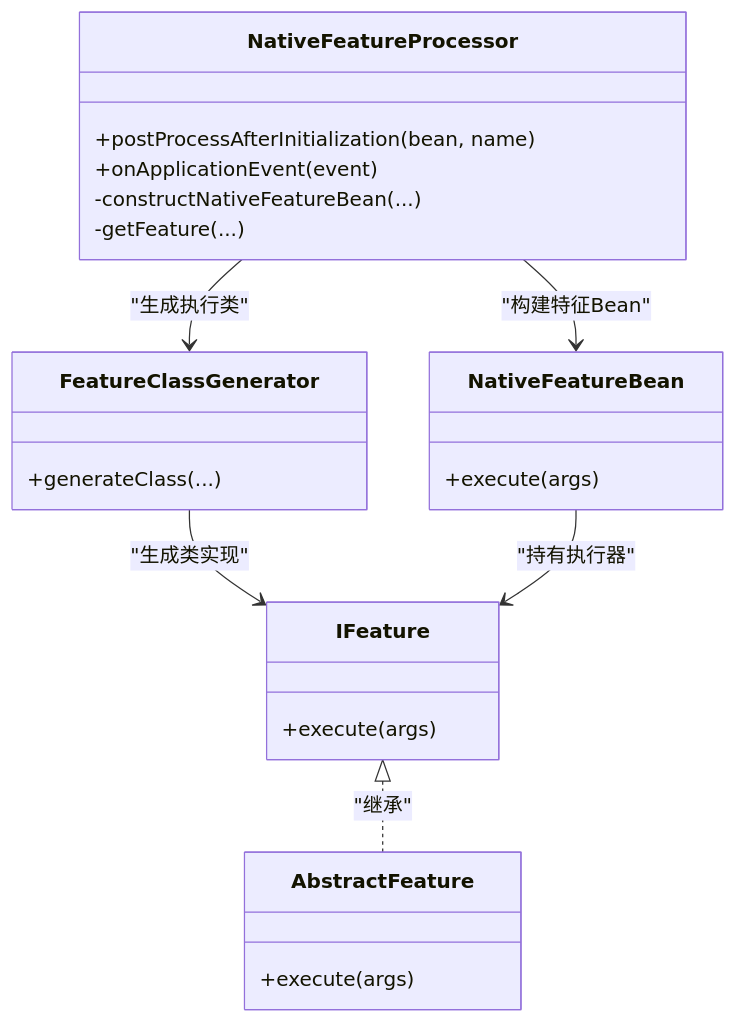
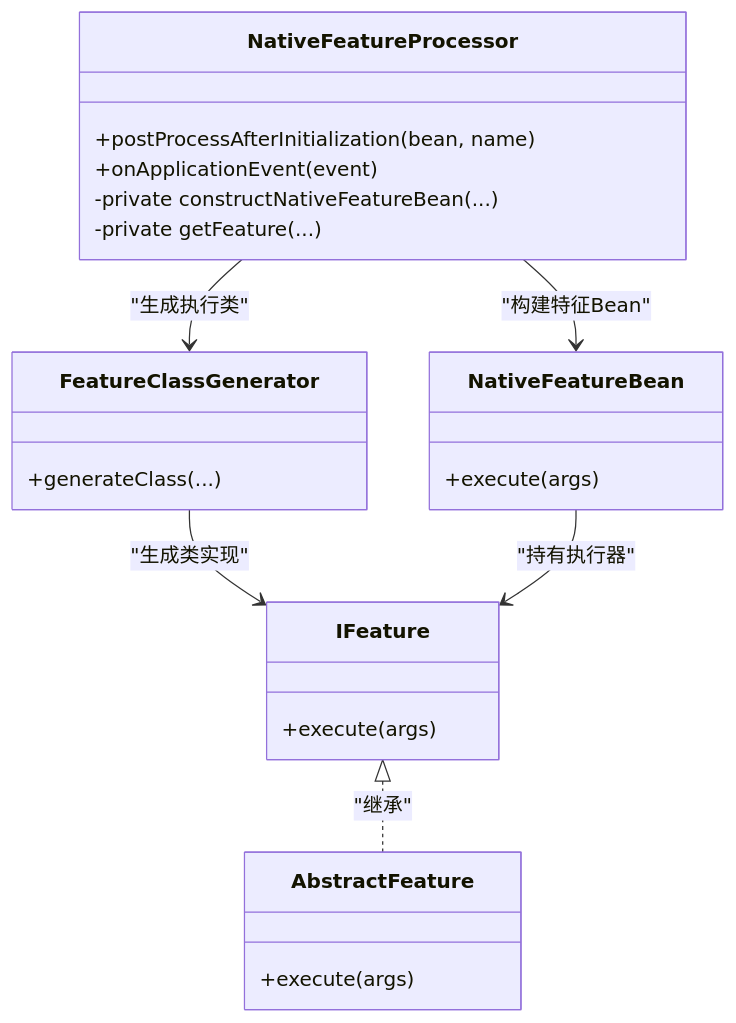
The seventh of 10 diagrams in .qoder/repowiki/zh/content/核心架构.md (txzhanghuan/feature), drawn with Mermaid before and after one commit. The commit also changed other lines of this file and 7 other files, not shown here.

````diff
--- a/.qoder/repowiki/zh/content/核心架构.md
+++ b/.qoder/repowiki/zh/content/核心架构.md
@@ -314,26 +364,26 @@
 ```mermaid
 classDiagram
 class NativeFeatureProcessor {
 +postProcessAfterInitialization(bean, name)
 +onApplicationEvent(event)
--constructNativeFeatureBean(...)
--getFeature(...)
+-private constructNativeFeatureBean(...)
+-private getFeature(...)
 }
 class FeatureClassGenerator {
 +generateClass(...)
 }
 class IFeature {
 +execute(args)
 }
 class AbstractFeature {
 +execute(args)
 }
 class NativeFeatureBean {
 +execute(args)
 }
 NativeFeatureProcessor --> FeatureClassGenerator : "生成执行类"
 FeatureClassGenerator --> IFeature : "生成类实现"
 IFeature <|.. AbstractFeature : "继承"
 NativeFeatureProcessor --> NativeFeatureBean : "构建特征Bean"
 NativeFeatureBean --> IFeature : "持有执行器"
 ```
````
